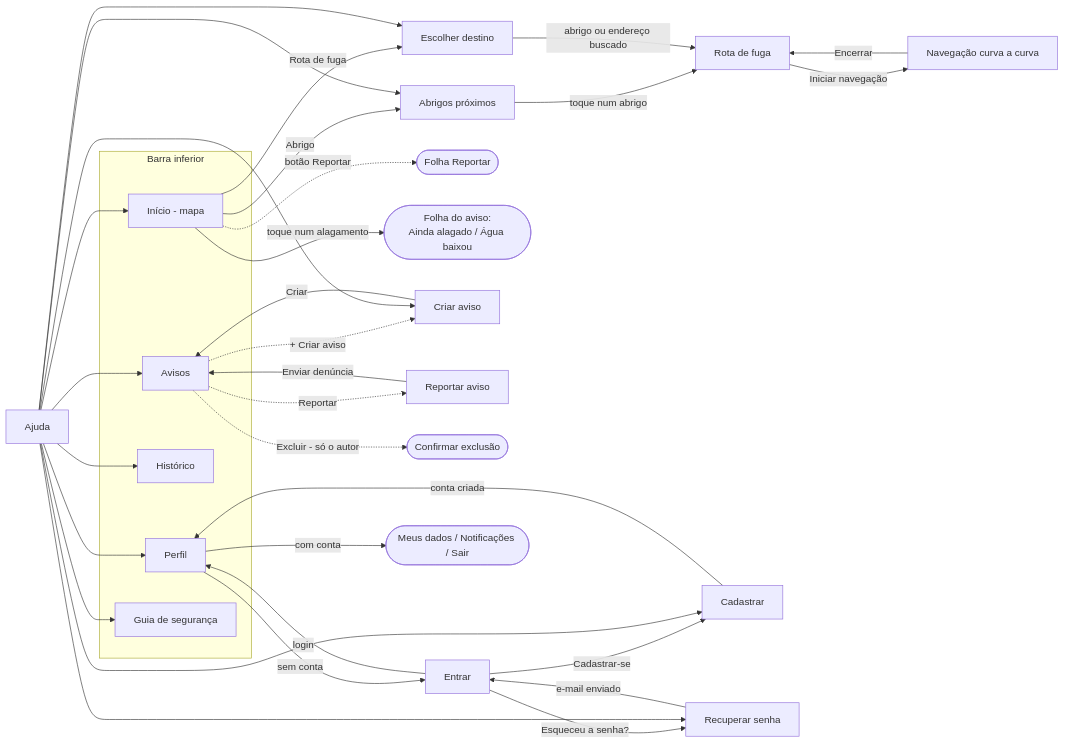
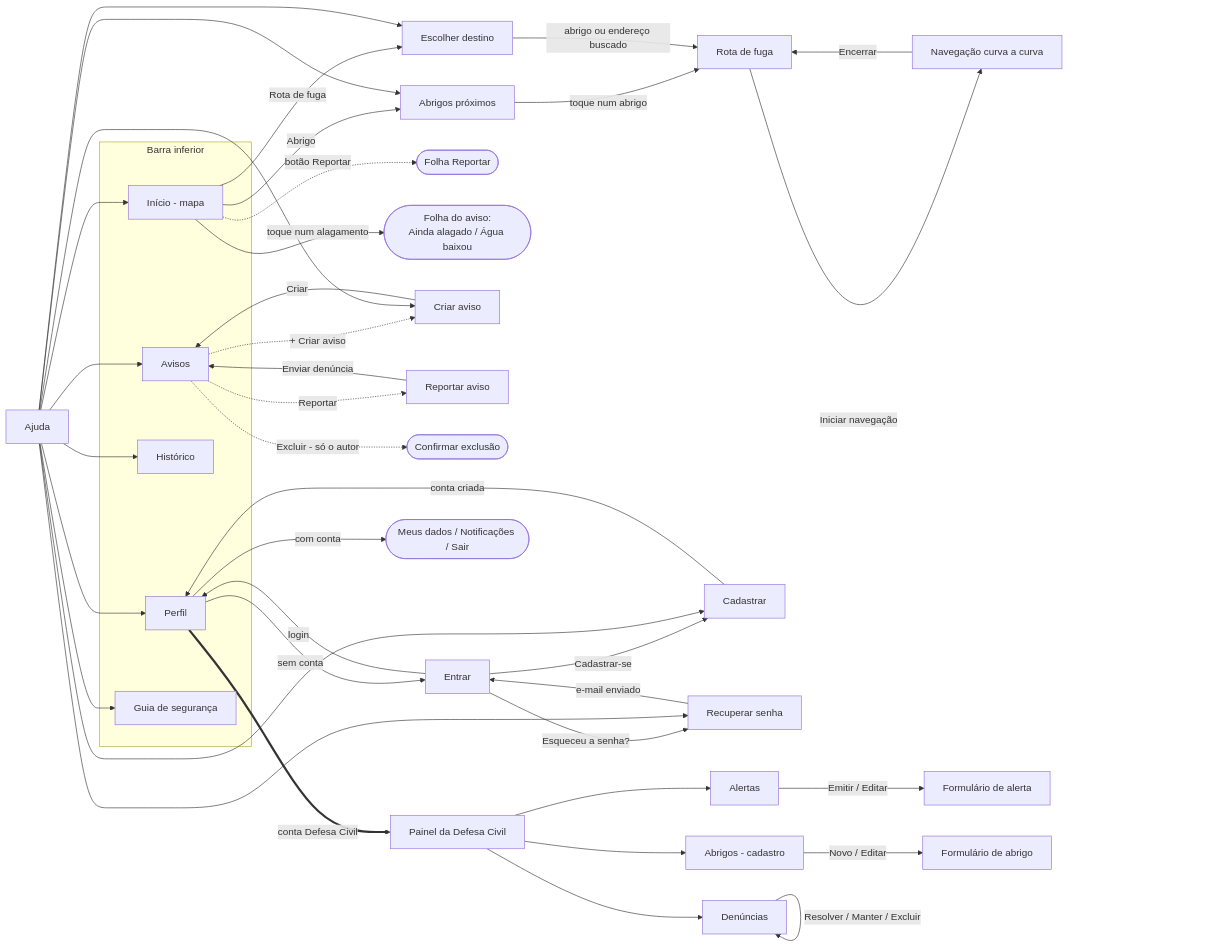
One commit to Loboock/enchente-alerta changed the diagram in docs/fluxo-navegacao.md. Above: the diagram before and after it, drawn with Mermaid. The commit also changed other lines of this file and 35 other files, not shown here.

First line of the commit message:
feat: perfil da Defesa Civil com painel, denúncias, alertas e abrigos

````diff
--- a/docs/fluxo-navegacao.md
+++ b/docs/fluxo-navegacao.md
@@ -16,37 +16,45 @@
 ```mermaid
 flowchart LR
     subgraph Abas["Barra inferior"]
         INI[Início - mapa]
         AVI[Avisos]
         HIS[Histórico]
         PER[Perfil]
         GUI[Guia de segurança]
     end
 
     INI -->|Abrigo| ABR[Abrigos próximos]
     INI -->|Rota de fuga| DES[Escolher destino]
     INI -.->|botão Reportar| REP([Folha Reportar])
     INI -->|toque num alagamento| DET([Folha do aviso:<br/>Ainda alagado / Água baixou])
 
     ABR -->|toque num abrigo| ROT[Rota de fuga]
     DES -->|abrigo ou endereço buscado| ROT
     ROT -->|Iniciar navegação| NAV[Navegação curva a curva]
     NAV -->|Encerrar| ROT
 
     AVI -.->|+ Criar aviso| CRI[Criar aviso]
     AVI -.->|Reportar| RPA[Reportar aviso]
     AVI -.->|Excluir - só o autor| EXC([Confirmar exclusão])
     CRI -->|Criar| AVI
     RPA -->|Enviar denúncia| AVI
 
     PER -->|sem conta| ENT[Entrar]
     ENT -->|Cadastrar-se| CAD[Cadastrar]
     ENT -->|Esqueceu a senha?| REC[Recuperar senha]
     CAD -->|conta criada| PER
     REC -->|e-mail enviado| ENT
     ENT -->|login| PER
     PER -->|com conta| OPC([Meus dados / Notificações / Sair])
 
+    PER ==>|conta Defesa Civil| PAI[Painel da Defesa Civil]
+    PAI --> DEN[Denúncias]
+    PAI --> ALE[Alertas]
+    PAI --> ABD[Abrigos - cadastro]
+    ALE -->|Emitir / Editar| FAL[Formulário de alerta]
+    ABD -->|Novo / Editar| FAB[Formulário de abrigo]
+    DEN -->|Resolver / Manter / Excluir| DEN
+
     AJU[Ajuda] --> INI & AVI & HIS & GUI & PER
     AJU --> ABR & DES & CRI & CAD & REC
 ```
````
